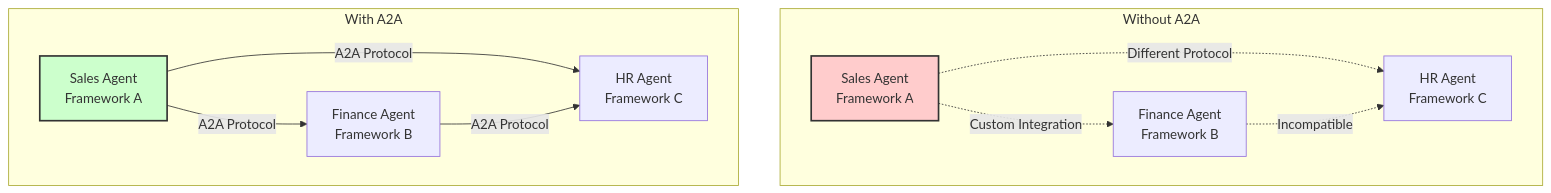
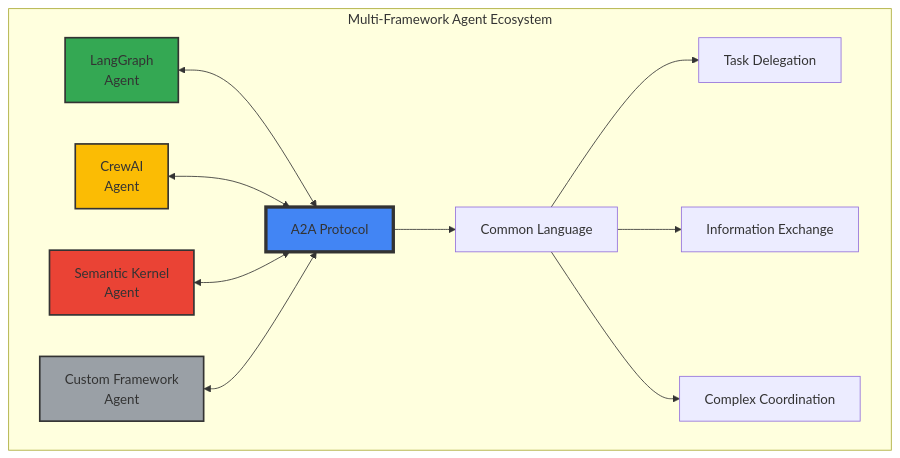
Before and after one commit to nikspatel007/workshop-agents: the first of 17 diagrams in reading_materials/GOOGLE_A2A_PROTOCOL.md, drawn with Mermaid. The commit also changed other lines of this file and 1 other file, not shown here.

First line of the commit message:
Update MCP and A2A documentation with official website information

````diff
--- a/reading_materials/GOOGLE_A2A_PROTOCOL.md
+++ b/reading_materials/GOOGLE_A2A_PROTOCOL.md
@@ -26,17 +30,20 @@
 ```mermaid
 graph TD
-    subgraph "Without A2A"
-        A[Sales Agent<br/>Framework A] -.->|Custom Integration| B[Finance Agent<br/>Framework B]
-        A -.->|Different Protocol| C[HR Agent<br/>Framework C]
-        B -.->|Incompatible| C
+    subgraph "Multi-Framework Agent Ecosystem"
+        A[LangGraph<br/>Agent] <--> B[A2A Protocol]
+        C[CrewAI<br/>Agent] <--> B
+        D[Semantic Kernel<br/>Agent] <--> B
+        E[Custom Framework<br/>Agent] <--> B
+        
+        B --> F[Common Language]
+        F --> G[Task Delegation]
+        F --> H[Information Exchange]
+        F --> I[Complex Coordination]
     end
     
-    subgraph "With A2A"
-        D[Sales Agent<br/>Framework A] -->|A2A Protocol| E[Finance Agent<br/>Framework B]
-        D -->|A2A Protocol| F[HR Agent<br/>Framework C]
-        E -->|A2A Protocol| F
-    end
-    
-    style A fill:#fcc,stroke:#333,stroke-width:2px
-    style D fill:#cfc,stroke:#333,stroke-width:2px
+    style B fill:#4285f4,stroke:#333,stroke-width:4px
+    style A fill:#34a853,stroke:#333,stroke-width:2px
+    style C fill:#fbbc04,stroke:#333,stroke-width:2px
+    style D fill:#ea4335,stroke:#333,stroke-width:2px
+    style E fill:#9aa0a6,stroke:#333,stroke-width:2px
 ```
````
